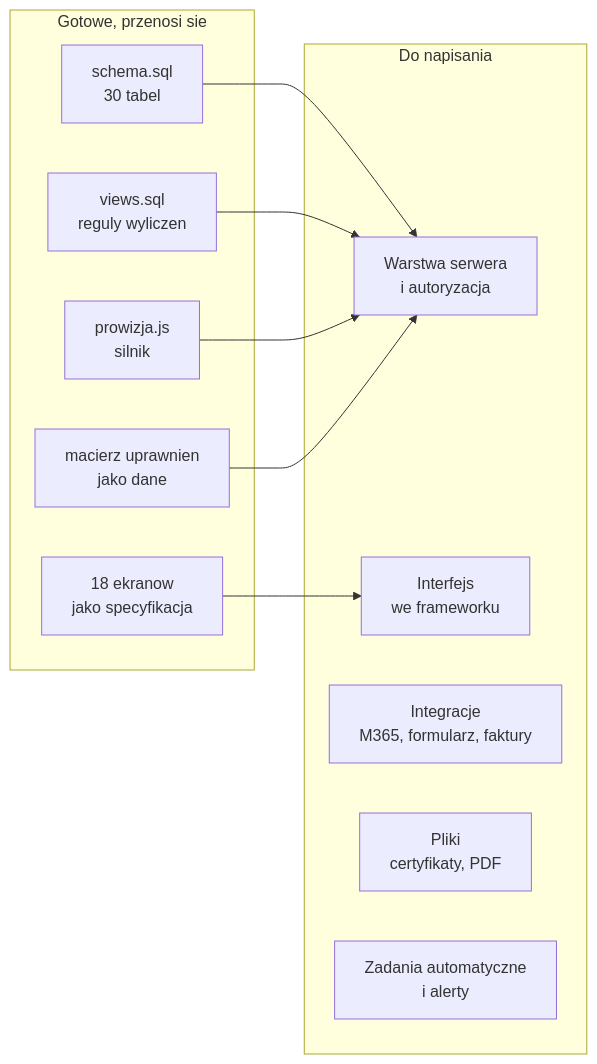
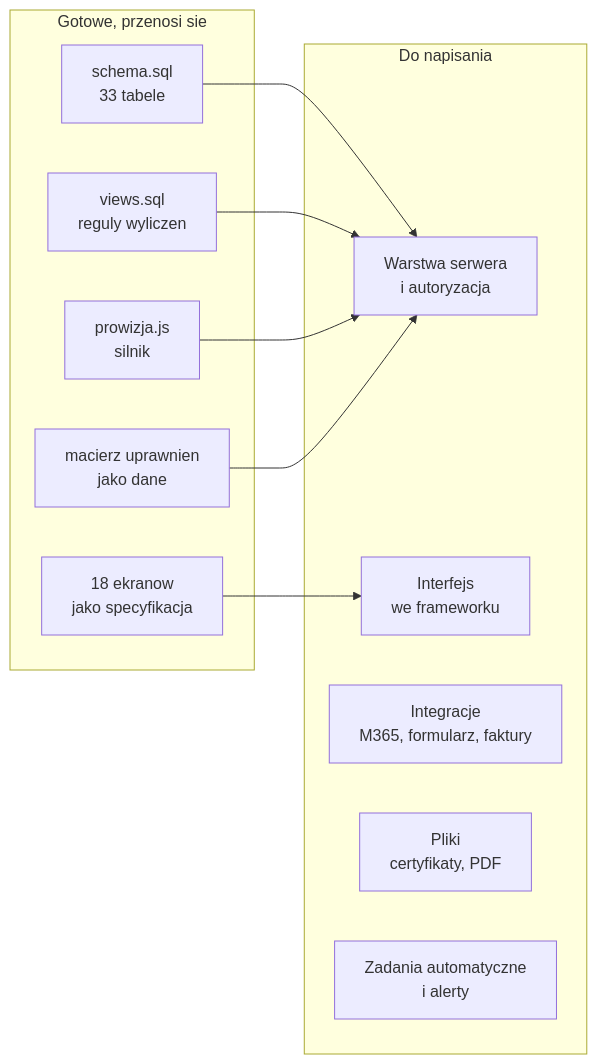
The first of 2 diagrams in docs/18-od-makiety-do-aplikacji.md (Clickless-sp-z-o-o/ldit-system-szkoleniowy), drawn with Mermaid before and after one commit. The commit also changed other lines of this file and 21 other files, not shown here.

````diff
--- a/docs/18-od-makiety-do-aplikacji.md
+++ b/docs/18-od-makiety-do-aplikacji.md
@@ -36,24 +36,24 @@
 ```mermaid
 flowchart LR
   subgraph gotowe["Gotowe, przenosi sie"]
-    A1[schema.sql<br/>30 tabel]
+    A1[schema.sql<br/>33 tabele]
     A2[views.sql<br/>reguly wyliczen]
     A3[prowizja.js<br/>silnik]
     A4[macierz uprawnien<br/>jako dane]
     A5[18 ekranow<br/>jako specyfikacja]
   end
 
   subgraph nowe["Do napisania"]
     B1[Warstwa serwera<br/>i autoryzacja]
     B2[Interfejs<br/>we frameworku]
     B3[Integracje<br/>M365, formularz, faktury]
     B4[Pliki<br/>certyfikaty, PDF]
     B5[Zadania automatyczne<br/>i alerty]
   end
 
   A1 --> B1
   A2 --> B1
   A3 --> B1
   A4 --> B1
   A5 --> B2
 ```
````
